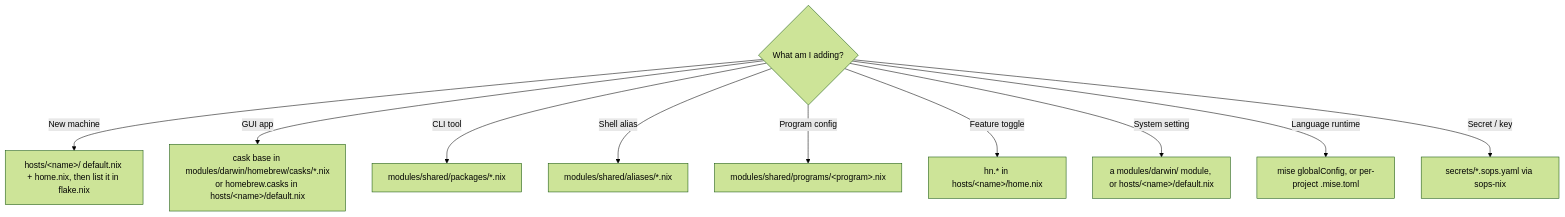
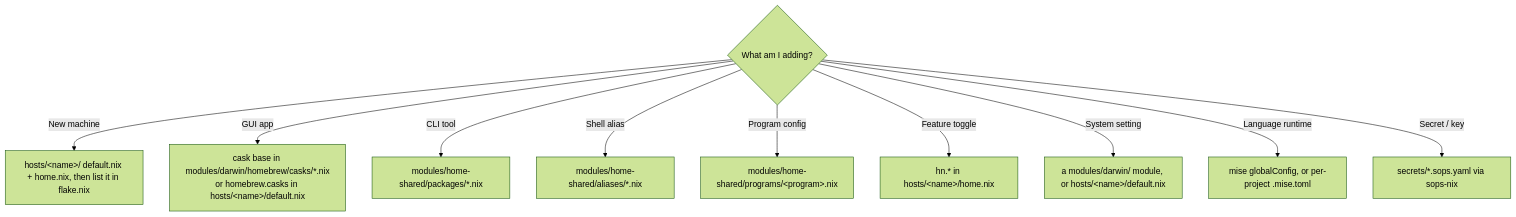
One commit to hahunavth/nix-config changed the second of 2 diagrams in CLAUDE.md. Above: the diagram before and after it, drawn with Mermaid (forest theme). The commit also changed other lines of this file and 42 other files, not shown here.

First line of the commit message:
refactor: rename modules/shared -> modules/home-shared

````diff
--- a/CLAUDE.md
+++ b/CLAUDE.md
@@ -28,13 +28,13 @@
 ```mermaid
 flowchart TD
 	Q{What am I adding?}
 	Q -->|New machine| M[hosts/&lt;name&gt;/ default.nix + home.nix, then list it in flake.nix]
 	Q -->|GUI app| G[cask base in modules/darwin/homebrew/casks/*.nix<br/>or homebrew.casks in hosts/&lt;name&gt;/default.nix]
-	Q -->|CLI tool| C[modules/shared/packages/*.nix]
-	Q -->|Shell alias| A[modules/shared/aliases/*.nix]
-	Q -->|Program config| P[modules/shared/programs/&lt;program&gt;.nix]
+	Q -->|CLI tool| C[modules/home-shared/packages/*.nix]
+	Q -->|Shell alias| A[modules/home-shared/aliases/*.nix]
+	Q -->|Program config| P[modules/home-shared/programs/&lt;program&gt;.nix]
 	Q -->|Feature toggle| F[hn.* in hosts/&lt;name&gt;/home.nix]
 	Q -->|System setting| S[a modules/darwin/ module, or hosts/&lt;name&gt;/default.nix]
 	Q -->|Language runtime| R[mise globalConfig, or per-project .mise.toml]
 	Q -->|Secret / key| K[secrets/*.sops.yaml via sops-nix]
 ```
````
